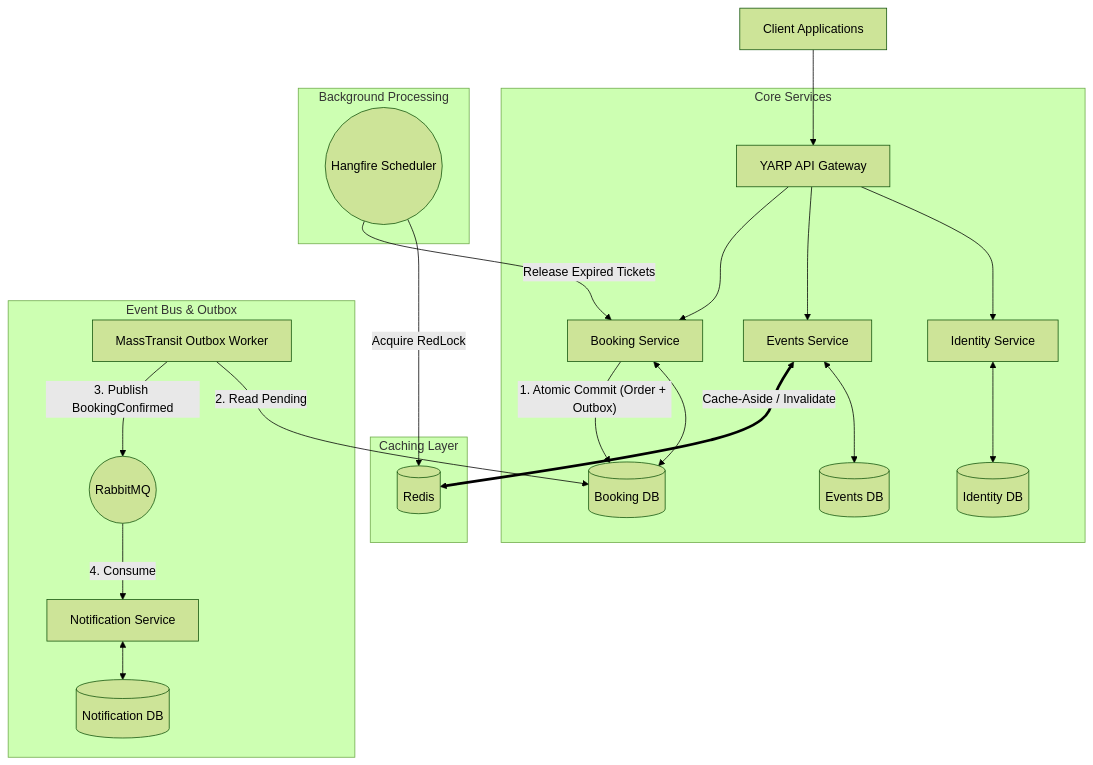
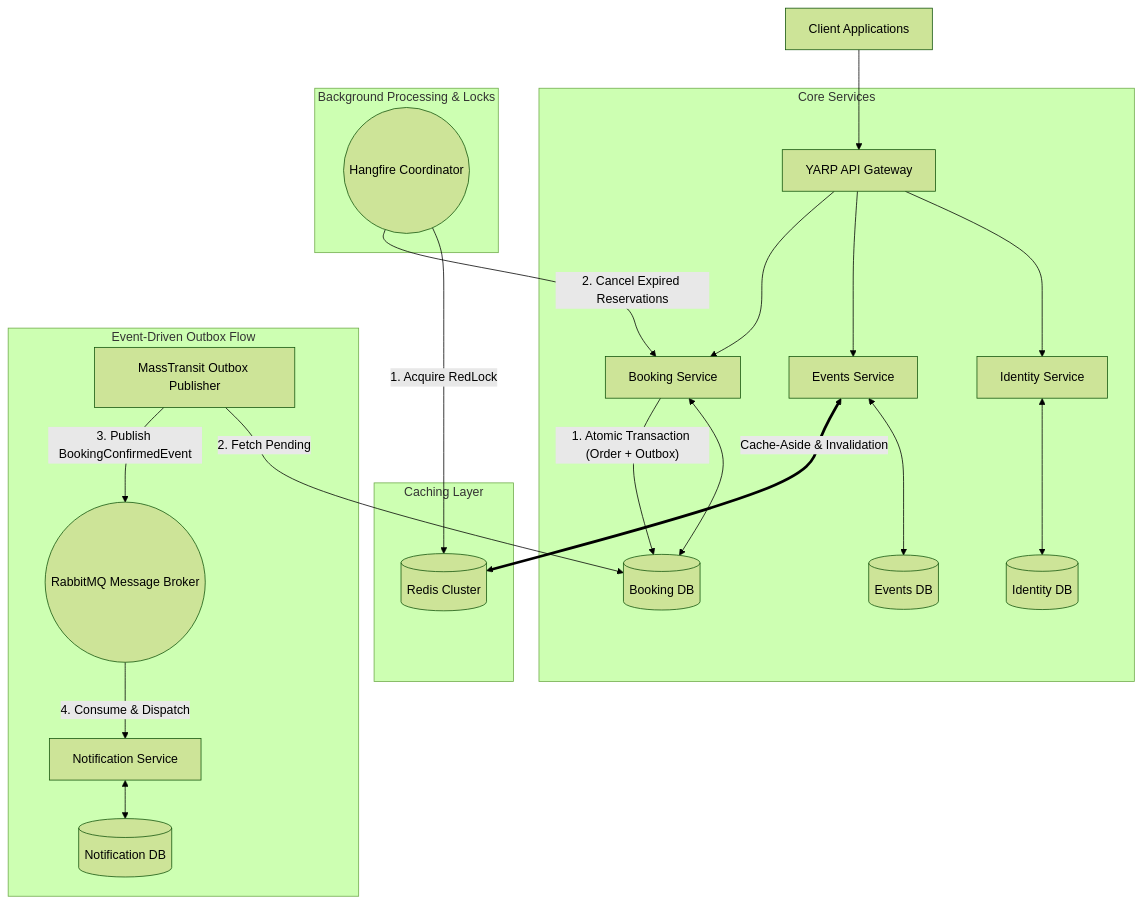
The diagram in README.md (syyNcgoD/event-bride), drawn with Mermaid (forest theme) before and after one commit. The commit also changed other lines of this file, not shown here.

Commit message:
docs: restore comprehensive senior architecture README

````diff
--- a/README.md
+++ b/README.md
@@ -34,31 +35,31 @@
 ```mermaid
 graph TD
     Client[Client Applications] --> GW[YARP API Gateway]
     
     subgraph Services ["Core Services"]
         GW --> IS[Identity Service]
         GW --> ES[Events Service]
         GW --> BS[Booking Service]
         
         IS <--> IDB[(Identity DB)]
         ES <--> EDB[(Events DB)]
         BS <--> BDB[(Booking DB)]
     end
     
     subgraph Caching ["Caching Layer"]
-        ES <== "Cache-Aside / Invalidate" ==> Redis[(Redis)]
+        ES <== "Cache-Aside & Invalidation" ==> Redis[(Redis Cluster)]
     end
 
-    subgraph Messaging ["Event Bus & Outbox"]
-        BS -- "1. Atomic Commit (Order + Outbox)" --> BDB
-        Outbox[MassTransit Outbox Worker] -- "2. Read Pending" --> BDB
-        Outbox -- "3. Publish BookingConfirmed" --> RMQ((RabbitMQ))
-        RMQ -- "4. Consume" --> NS[Notification Service]
+    subgraph Messaging ["Event-Driven Outbox Flow"]
+        BS -- "1. Atomic Transaction (Order + Outbox)" --> BDB
+        OutboxWorker[MassTransit Outbox Publisher] -- "2. Fetch Pending" --> BDB
+        OutboxWorker -- "3. Publish BookingConfirmedEvent" --> RMQ((RabbitMQ Message Broker))
+        RMQ -- "4. Consume & Dispatch" --> NS[Notification Service]
         NS <--> NDB[(Notification DB)]
     end
 
-    subgraph Background ["Background Processing"]
-        Hangfire((Hangfire Scheduler)) -- "Acquire RedLock" --> Redis
-        Hangfire -- "Release Expired Tickets" --> BS
+    subgraph Background ["Background Processing & Locks"]
+        Hangfire((Hangfire Coordinator)) -- "1. Acquire RedLock" --> Redis
+        Hangfire -- "2. Cancel Expired Reservations" --> BS
     end
 ```
````
